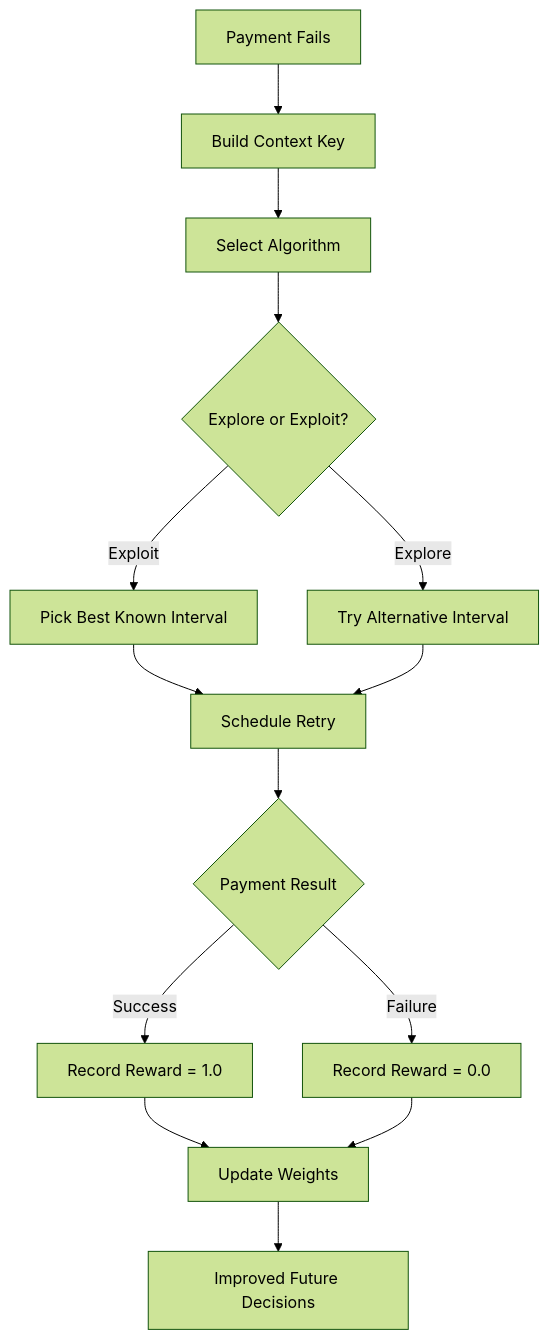
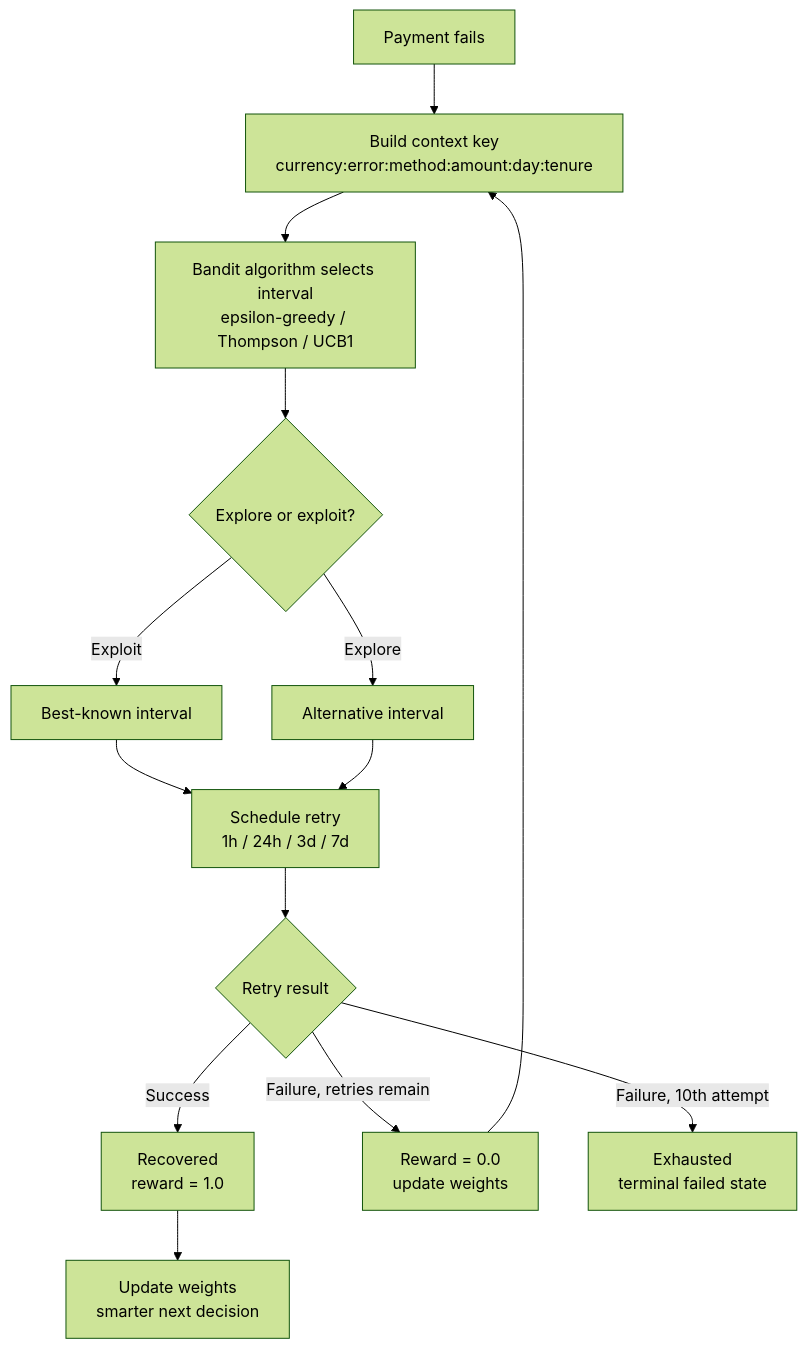
One commit to swapnull-in/docs changed the first of 2 diagrams in advanced/smart-retry.mdx. Above: the diagram before and after it, drawn with Mermaid (forest theme). The commit also changed 2 other files, not shown here.

Commit message:
docs: strengthen recovery/growth diagrams
- smart-retry: retry decision flow with bandit strategy selection
  (epsilon-greedy/Thompson/UCB1) and recovered/exhausted outcomes
- dunning-campaigns: campaign step escalation timeline (email -> SMS ->
  urgent email -> payment wall) with early-recovery exits
- growth-overview: acquire/retain/recover lifecycle stage map

Claude-Session: https://claude.ai/code/session_01Rfx2ccNmUfqMnJVdxSBcon

````diff
--- a/advanced/smart-retry.mdx
+++ b/advanced/smart-retry.mdx
@@ -24,16 +24,16 @@
 ```mermaid
 flowchart TD
-    A[Payment Fails] --> B[Build Context Key]
-    B --> C[Select Algorithm]
-    C --> D{Explore or Exploit?}
-    D -->|Exploit| E[Pick Best Known Interval]
-    D -->|Explore| F[Try Alternative Interval]
-    E --> G[Schedule Retry]
+    A["Payment fails"] --> B["Build context key<br/>currency:error:method:amount:day:tenure"]
+    B --> C["Bandit algorithm selects interval<br/>epsilon-greedy / Thompson / UCB1"]
+    C --> D{"Explore or exploit?"}
+    D -->|Exploit| E["Best-known interval"]
+    D -->|Explore| F["Alternative interval"]
+    E --> G["Schedule retry<br/>1h / 24h / 3d / 7d"]
     F --> G
-    G --> H{Payment Result}
-    H -->|Success| I[Record Reward = 1.0]
-    H -->|Failure| J[Record Reward = 0.0]
-    I --> K[Update Weights]
-    J --> K
-    K --> L[Improved Future Decisions]
+    G --> H{"Retry result"}
+    H -->|Success| I["Recovered<br/>reward = 1.0"]
+    H -->|"Failure, retries remain"| J["Reward = 0.0<br/>update weights"]
+    J --> B
+    H -->|"Failure, 10th attempt"| K["Exhausted<br/>terminal failed state"]
+    I --> L["Update weights<br/>smarter next decision"]
 ```
````
